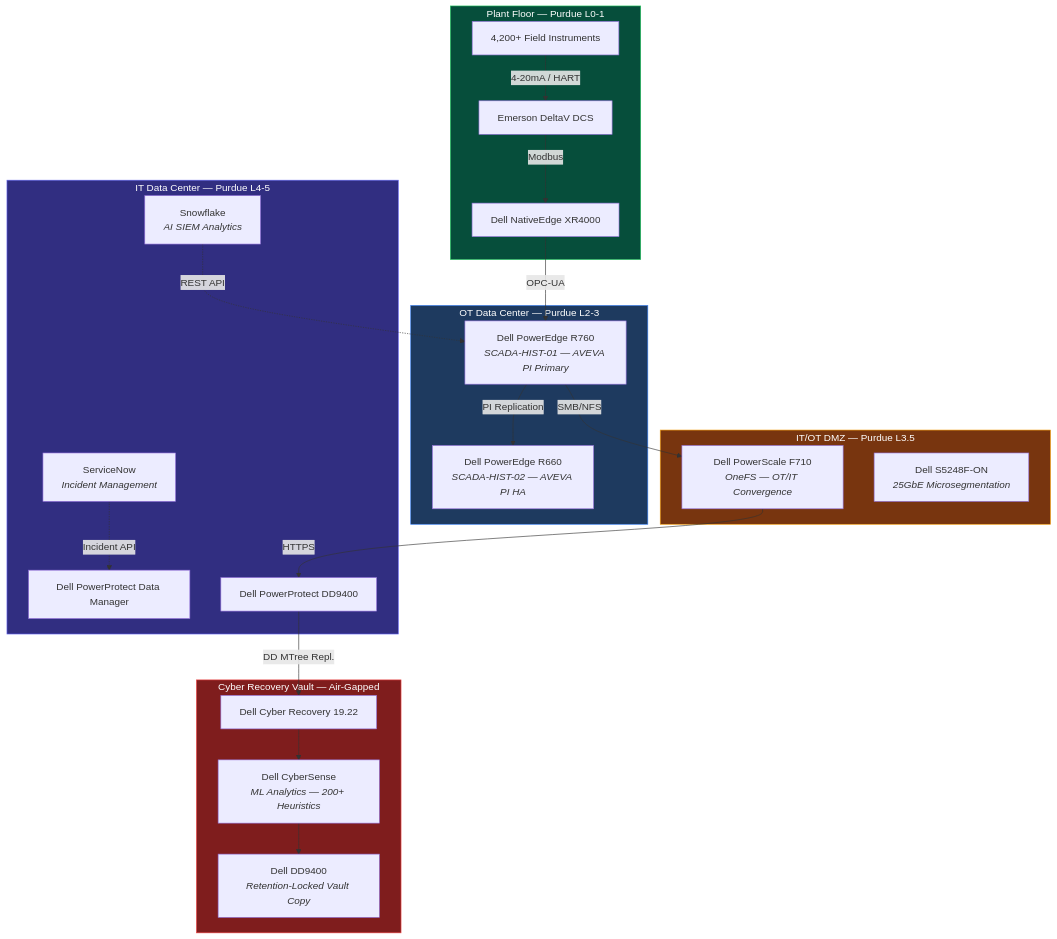
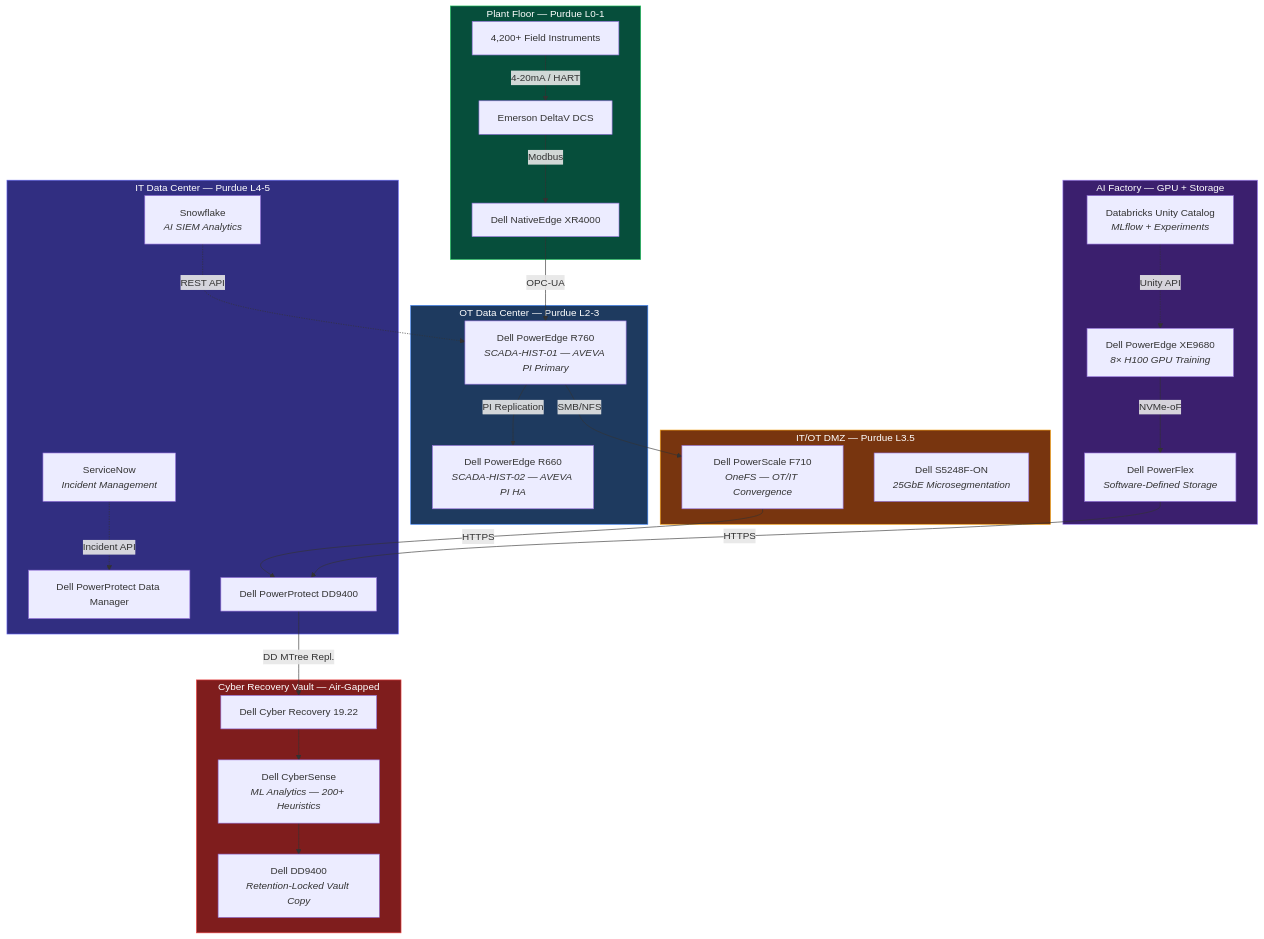
One commit to sebdallais-git/CyberDemo changed the first of 6 diagrams in README.md. Above: the diagram before and after it, drawn with Mermaid. The commit also changed other lines of this file, not shown here.

Commit message:
Update README with AI Agents, Databricks, PowerFlex, and Snowflake worksheet

````diff
--- a/README.md
+++ b/README.md
@@ -56,49 +60,59 @@
 ```mermaid
 graph TB
     subgraph PLT["Plant Floor — Purdue L0-1"]
         EDGE["Dell NativeEdge XR4000"]
         DCS["Emerson DeltaV DCS"]
         SENS["4,200+ Field Instruments"]
     end
 
     subgraph OT["OT Data Center — Purdue L2-3"]
         PI1["Dell PowerEdge R760<br/><i>SCADA-HIST-01 — AVEVA PI Primary</i>"]
         PI2["Dell PowerEdge R660<br/><i>SCADA-HIST-02 — AVEVA PI HA</i>"]
     end
 
     subgraph DMZ["IT/OT DMZ — Purdue L3.5"]
         PS["Dell PowerScale F710<br/><i>OneFS — OT/IT Convergence</i>"]
         SW["Dell S5248F-ON<br/><i>25GbE Microsegmentation</i>"]
+    end
+
+    subgraph AI["AI Factory — GPU + Storage"]
+        GPU["Dell PowerEdge XE9680<br/><i>8× H100 GPU Training</i>"]
+        PFLEX["Dell PowerFlex<br/><i>Software-Defined Storage</i>"]
+        DBX["Databricks Unity Catalog<br/><i>MLflow + Experiments</i>"]
     end
 
     subgraph IT["IT Data Center — Purdue L4-5"]
         PPDM["Dell PowerProtect Data Manager"]
         DD["Dell PowerProtect DD9400"]
         SF["Snowflake<br/><i>AI SIEM Analytics</i>"]
         SN["ServiceNow<br/><i>Incident Management</i>"]
     end
 
     subgraph VAULT["Cyber Recovery Vault — Air-Gapped"]
         CR["Dell Cyber Recovery 19.22"]
         CS["Dell CyberSense<br/><i>ML Analytics — 200+ Heuristics</i>"]
         DDV["Dell DD9400<br/><i>Retention-Locked Vault Copy</i>"]
     end
 
     EDGE -->|OPC-UA| PI1
     DCS -->|Modbus| EDGE
     SENS -->|4-20mA / HART| DCS
     PI1 -->|PI Replication| PI2
     PI1 -->|SMB/NFS| PS
     PS -->|HTTPS| DD
+    GPU -->|NVMe-oF| PFLEX
+    PFLEX -->|HTTPS| DD
+    DBX -.->|Unity API| GPU
     DD -->|DD MTree Repl.| CR
     SF -.->|REST API| PI1
     SN -.->|Incident API| PPDM
     CR --> CS
     CS --> DDV
 
     style PLT fill:#064e3b,stroke:#22c55e,color:#fff
     style OT fill:#1e3a5f,stroke:#3b82f6,color:#fff
     style DMZ fill:#78350f,stroke:#f59e0b,color:#fff
+    style AI fill:#3b1f6e,stroke:#a78bfa,color:#fff
     style IT fill:#312e81,stroke:#6366f1,color:#fff
     style VAULT fill:#7f1d1d,stroke:#ef4444,color:#fff
 ```
````
